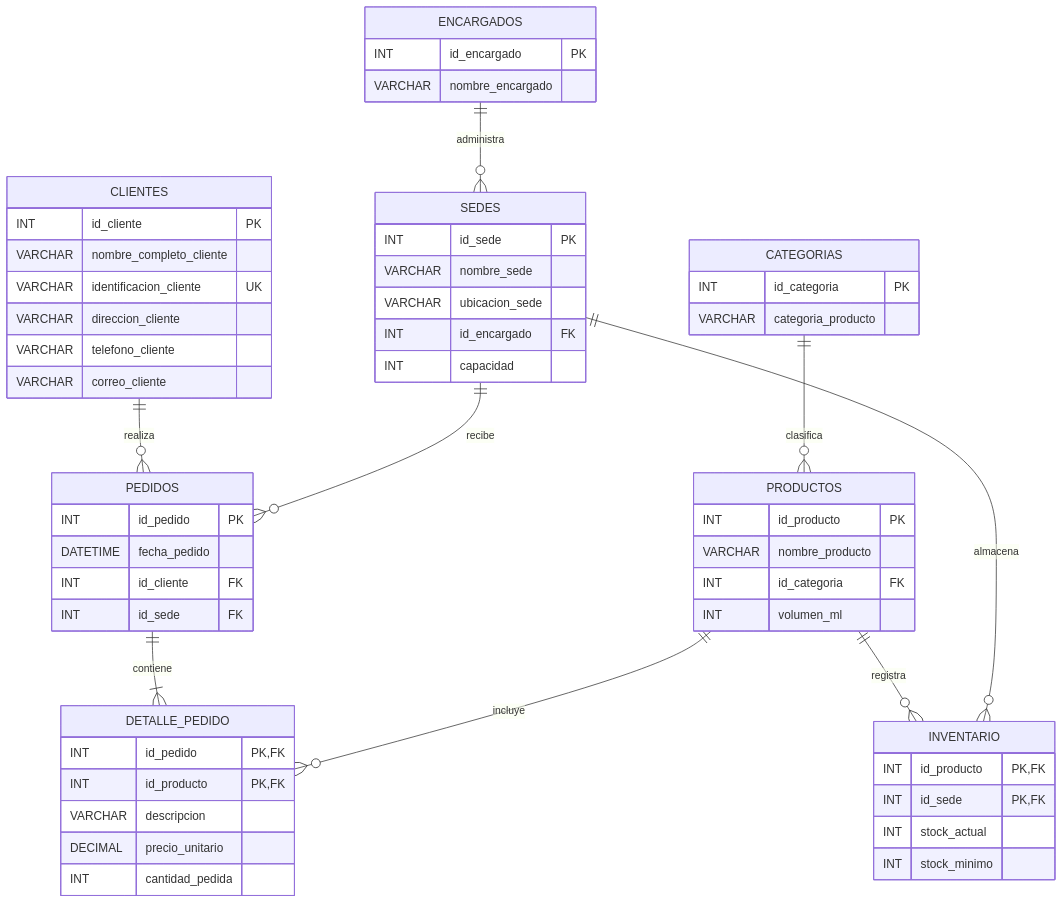
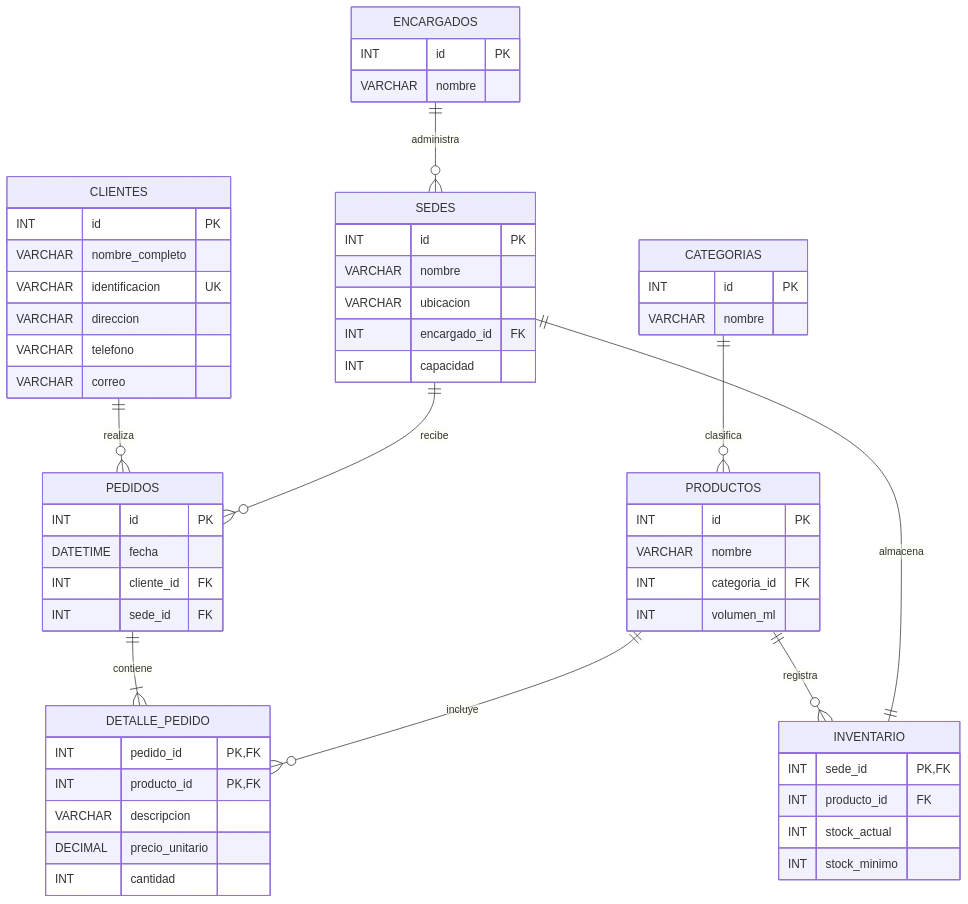
One commit to Velasco-c/distribuidora_gaseosas changed the diagram in evidence/entities.md. Above: the diagram before and after it, drawn with Mermaid. The commit also changed other lines of this file, not shown here.

````diff
--- a/evidence/entities.md
+++ b/evidence/entities.md
@@ -150,75 +158,75 @@
 ```mermaid
 erDiagram
 
     CLIENTES ||--o{ PEDIDOS : realiza
 
     SEDES ||--o{ PEDIDOS : recibe
 
     PEDIDOS ||--|{ DETALLE_PEDIDO : contiene
 
     PRODUCTOS ||--o{ DETALLE_PEDIDO : incluye
 
     CATEGORIAS ||--o{ PRODUCTOS : clasifica
 
     PRODUCTOS ||--o{ INVENTARIO : registra
 
-    SEDES ||--o{ INVENTARIO : almacena
+    SEDES ||--|| INVENTARIO : almacena
 
     ENCARGADOS ||--o{ SEDES : administra
 
     CLIENTES {
-        INT id_cliente PK
-        VARCHAR nombre_completo_cliente
-        VARCHAR identificacion_cliente UK
-        VARCHAR direccion_cliente
-        VARCHAR telefono_cliente
-        VARCHAR correo_cliente
+        INT id PK
+        VARCHAR nombre_completo
+        VARCHAR identificacion UK
+        VARCHAR direccion
+        VARCHAR telefono
+        VARCHAR correo
     }
 
     CATEGORIAS {
-        INT id_categoria PK
-        VARCHAR categoria_producto
+        INT id PK
+        VARCHAR nombre
     }
 
     PRODUCTOS {
-        INT id_producto PK
-        VARCHAR nombre_producto
-        INT id_categoria FK
+        INT id PK
+        VARCHAR nombre
+        INT categoria_id FK
         INT volumen_ml
     }
 
     ENCARGADOS {
-        INT id_encargado PK
-        VARCHAR nombre_encargado
+        INT id PK
+        VARCHAR nombre
     }
 
     SEDES {
-        INT id_sede PK
-        VARCHAR nombre_sede
-        VARCHAR ubicacion_sede
-        INT id_encargado FK
+        INT id PK
+        VARCHAR nombre
+        VARCHAR ubicacion
+        INT encargado_id FK
         INT capacidad
     }
 
     INVENTARIO {
-        INT id_producto PK, FK
-        INT id_sede PK, FK
+        INT sede_id PK, FK
+        INT producto_id FK
         INT stock_actual
         INT stock_minimo
     }
 
     PEDIDOS {
-        INT id_pedido PK
-        DATETIME fecha_pedido
-        INT id_cliente FK
-        INT id_sede FK
+        INT id PK
+        DATETIME fecha
+        INT cliente_id FK
+        INT sede_id FK
     }
 
     DETALLE_PEDIDO {
-        INT id_pedido PK, FK
-        INT id_producto PK, FK
+        INT pedido_id PK, FK
+        INT producto_id PK, FK
         VARCHAR descripcion
         DECIMAL precio_unitario
-        INT cantidad_pedida
+        INT cantidad
     }
 ```
````
